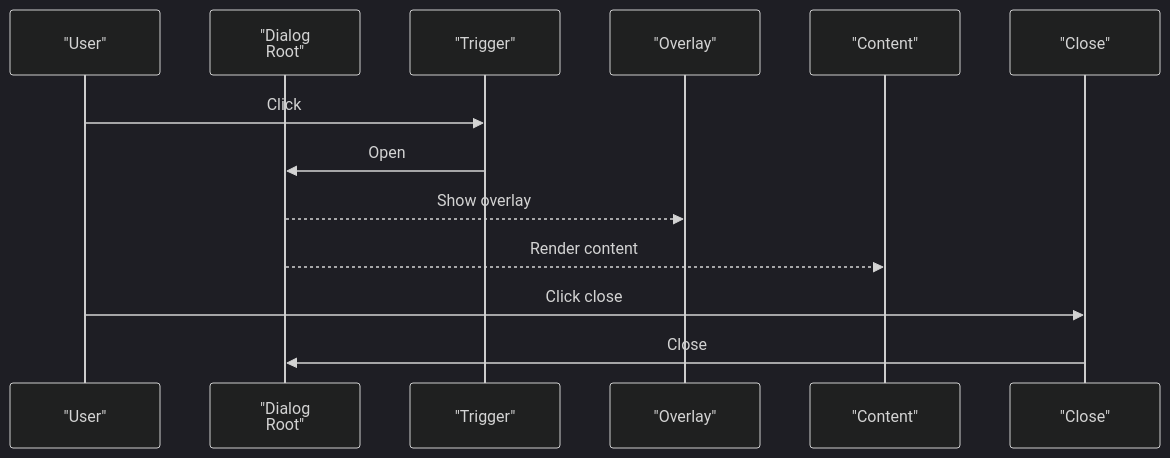
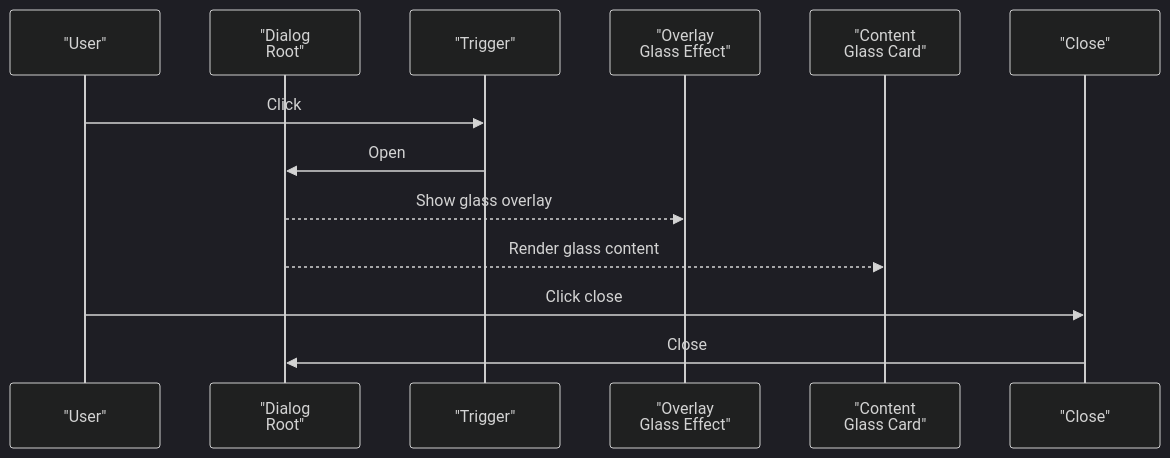
The sixth of 8 diagrams in .qoder/repowiki/en/content/UI Components/UI Components.md (alikizang/datafrica), drawn with Mermaid (dark theme) before and after one commit. The commit also changed other lines of this file and 15 other files, not shown here.

````diff
--- a/.qoder/repowiki/en/content/UI Components/UI Components.md
+++ b/.qoder/repowiki/en/content/UI Components/UI Components.md
@@ -300,15 +370,15 @@
 ```mermaid
 sequenceDiagram
 participant U as "User"
 participant D as "Dialog<br/>Root"
 participant T as "Trigger"
-participant O as "Overlay"
-participant C as "Content"
+participant O as "Overlay<br/>Glass Effect"
+participant C as "Content<br/>Glass Card"
 participant X as "Close"
 U->>T : Click
 T->>D : Open
-D-->>O : Show overlay
-D-->>C : Render content
+D-->>O : Show glass overlay
+D-->>C : Render glass content
 U->>X : Click close
 X->>D : Close
 ```
````
